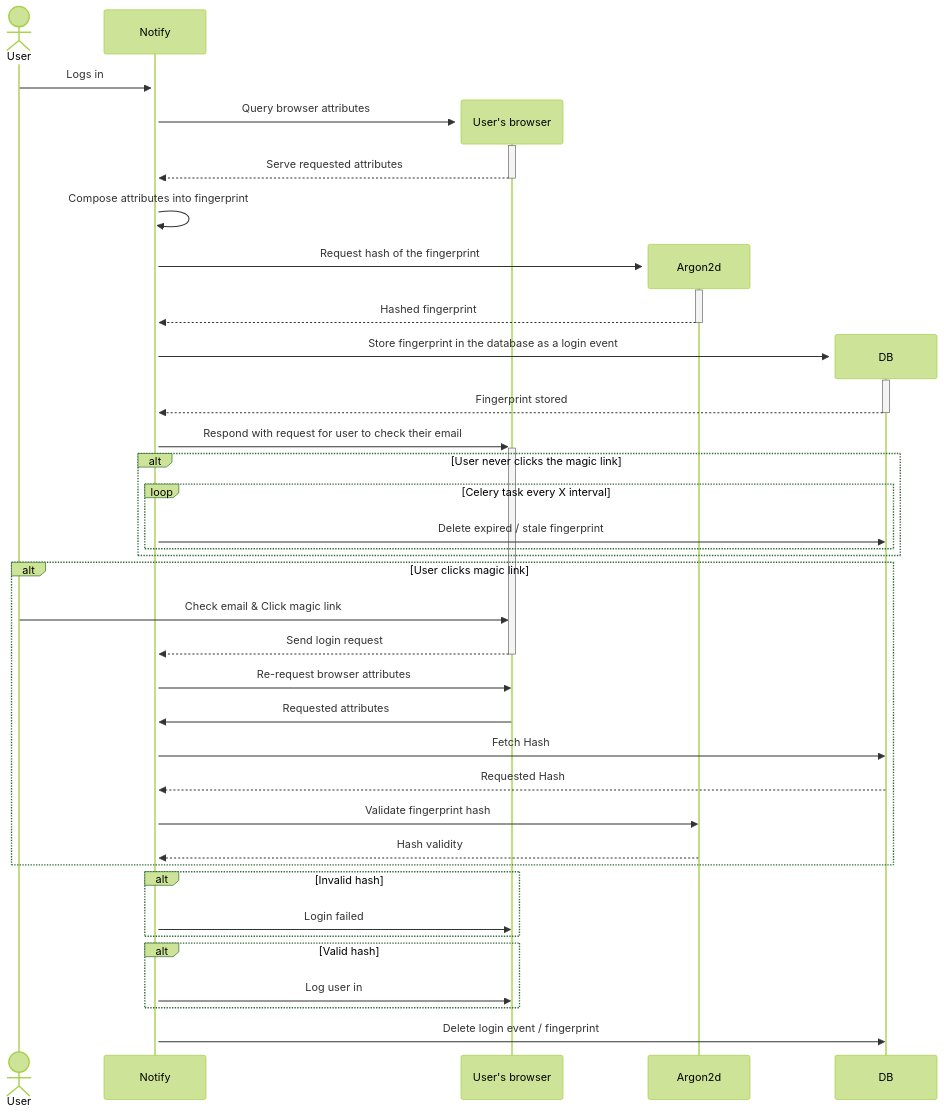
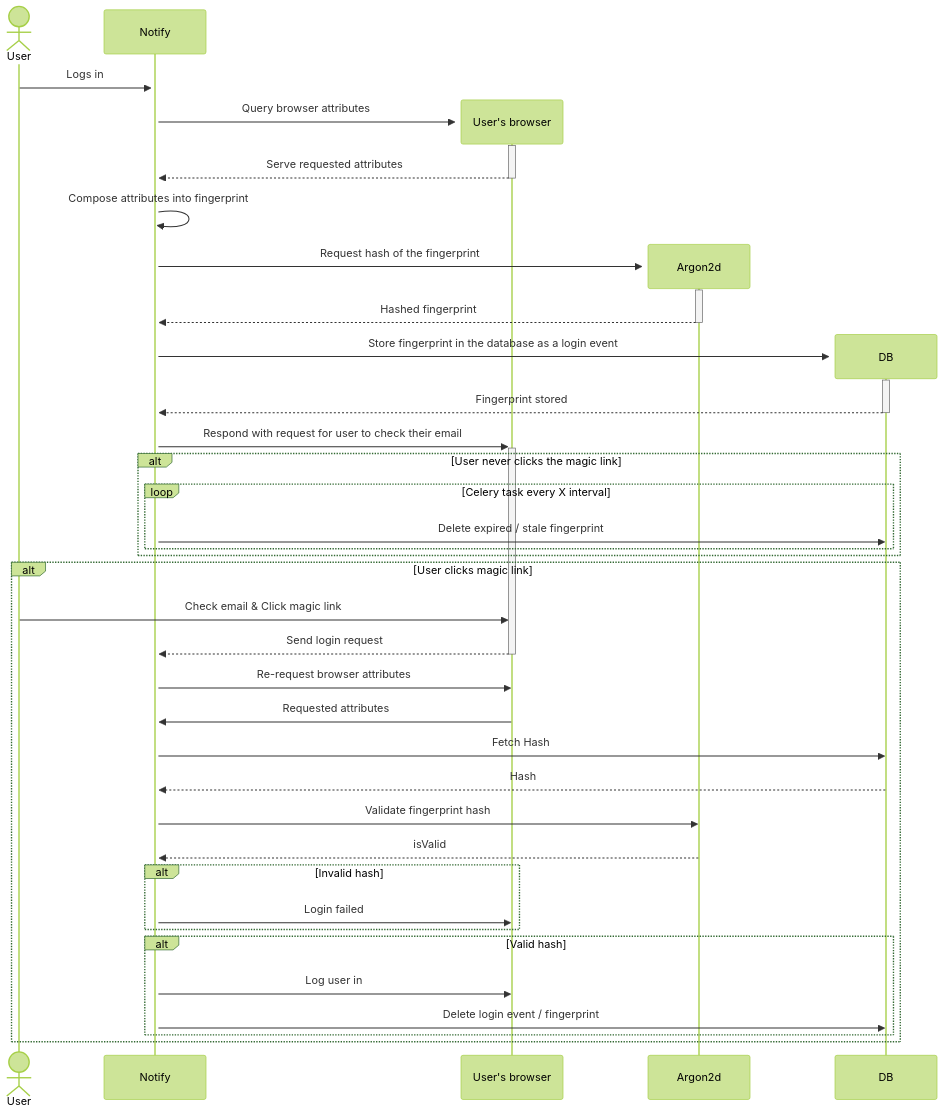
The third of 3 diagrams in records/2024-04-11.2FA-magic-link.md (cds-snc/notification-adr), drawn with Mermaid (forest theme) before and after one commit. The commit also changed other lines of this file, not shown here.

````diff
--- a/records/2024-04-11.2FA-magic-link.md
+++ b/records/2024-04-11.2FA-magic-link.md
@@ -80,42 +101,43 @@
 ```mermaid
 sequenceDiagram
     actor User
     participant Notify
 
     User->>+Notify: Logs in
         create participant User's browser
     Notify->>+User's browser: Query browser attributes
     User's browser-->>-Notify: Serve requested attributes
 
     Notify->>Notify: Compose attributes into fingerprint
         create participant Argon2d
     Notify->>+Argon2d: Request hash of the fingerprint
     Argon2d-->>-Notify: Hashed fingerprint
         create participant DB
     Notify->>+DB: Store fingerprint in the database as a login event
     DB-->>-Notify: Fingerprint stored
     Notify->>+User's browser: Respond with request for user to check their email
     alt User never clicks the magic link
         loop Celery task every X interval
             Notify->>DB: Delete expired / stale fingerprint
         end
     end
     alt User clicks magic link
         User->>User's browser: Check email & Click magic link
         User's browser-->>-Notify: Send login request
         Notify->>User's browser: Re-request browser attributes
         User's browser->>Notify: Requested attributes
         Notify->>DB: Fetch Hash
-        DB-->>Notify: Requested Hash
+        DB-->>Notify: Hash
         Notify->>Argon2d: Validate fingerprint hash
-        Argon2d-->>Notify: Hash validity
+        Argon2d-->>Notify: isValid
+
+        alt Invalid hash
+            Notify->>User's browser: Login failed
+        end
+        alt Valid hash
+            Notify->>User's browser: Log user in
+            Notify->>DB: Delete login event / fingerprint
+        end
     end
-    alt Invalid hash
-        Notify->>User's browser: Login failed
-    end
-    alt Valid hash
-        Notify->>User's browser: Log user in
-    end
-    Notify->>DB: Delete login event / fingerprint
 
 ```
````
